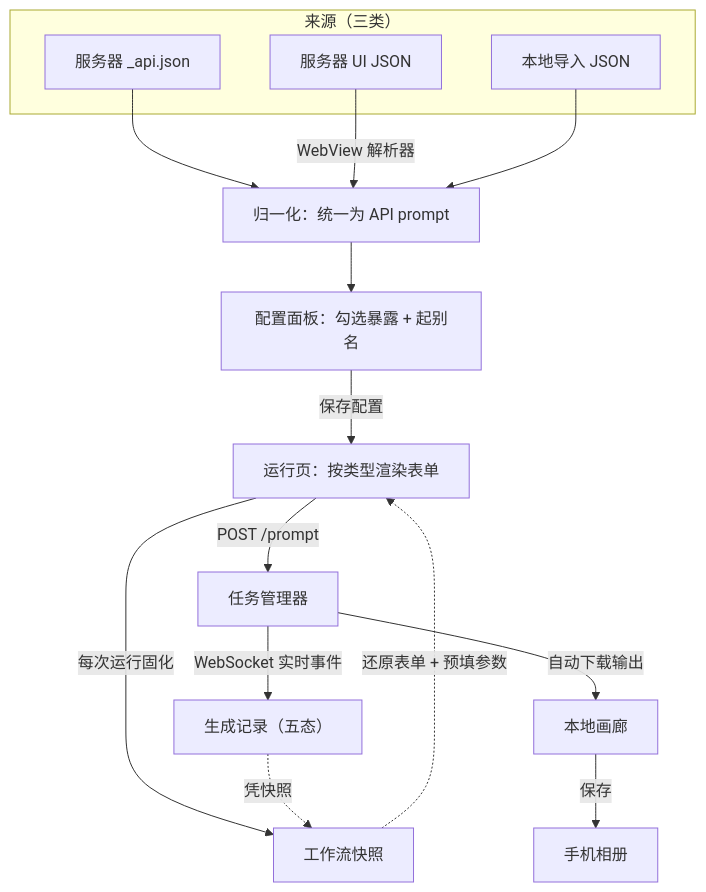
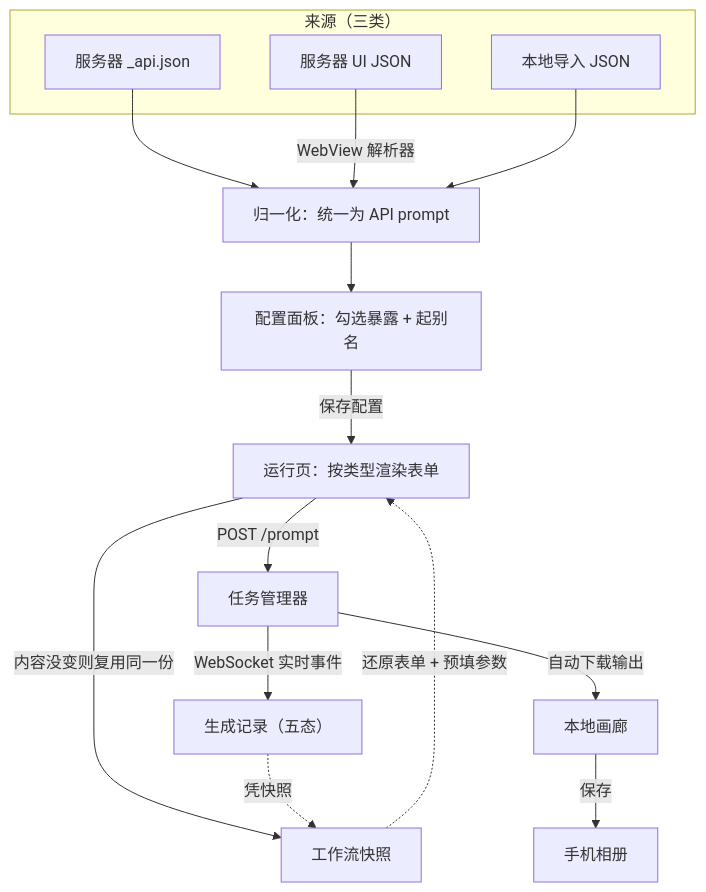
Before and after one commit to Volitasa/ComfyUI-MobilePocket: the third of 3 diagrams in README.md, drawn with Mermaid. The commit also changed other lines of this file and 1 other file, not shown here.

First line of the commit message:
docs: README 同步 1.4.1 —— AI 助手、看图对比、设置三段与外观

````diff
--- a/README.md
+++ b/README.md
@@ -516,21 +588,21 @@
 ```mermaid
 flowchart TD
     subgraph S["来源（三类）"]
         A1["服务器 _api.json"]
         A2["服务器 UI JSON"]
         A3["本地导入 JSON"]
     end
     P["归一化：统一为 API prompt"]
     A1 --> P
     A2 -->|"WebView 解析器"| P
     A3 --> P
     P --> C["配置面板：勾选暴露 + 起别名"]
     C -->|"保存配置"| R["运行页：按类型渲染表单"]
     R -->|"POST /prompt"| T["任务管理器"]
     T -->|"WebSocket 实时事件"| H["生成记录（五态）"]
     T -->|"自动下载输出"| G["本地画廊"]
-    R -->|"每次运行固化"| SN["工作流快照"]
+    R -->|"内容没变则复用同一份"| SN["工作流快照"]
     SN -.->|"还原表单 + 预填参数"| R
     H -.->|"凭快照"| SN
     G -->|"保存"| AL["手机相册"]
 ```
````
